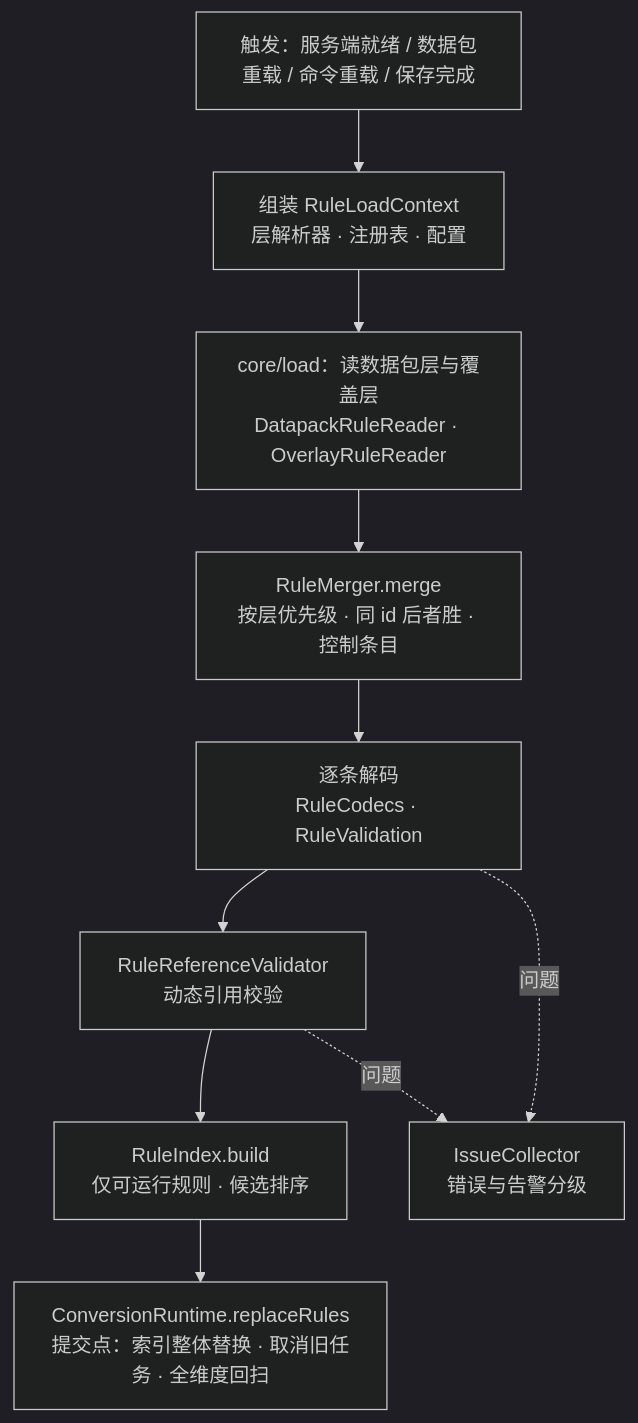
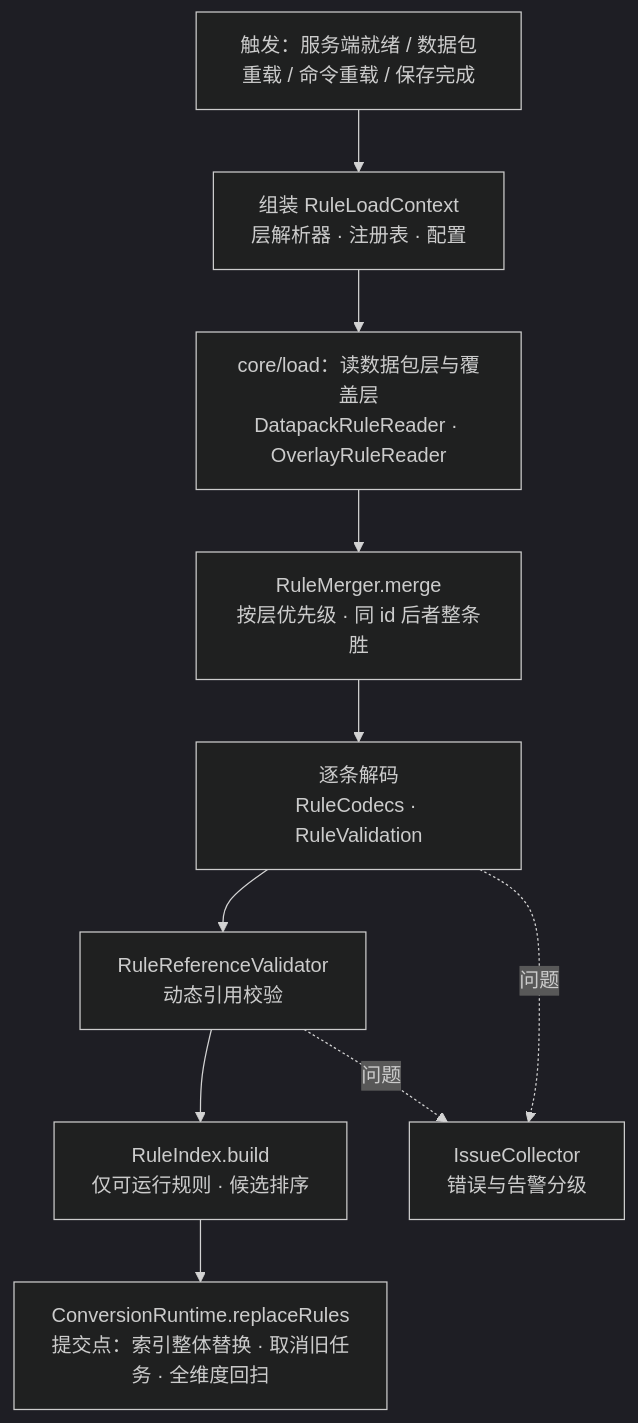
One commit to meteoritel/item-despawn-to-what changed the first of 3 diagrams in docs/architecture/key-flows.md. Above: the diagram before and after it, drawn with Mermaid (dark theme). The commit also changed other lines of this file and 20 other files, not shown here.

````diff
--- a/docs/architecture/key-flows.md
+++ b/docs/architecture/key-flows.md
@@ -29,12 +29,12 @@
 ```mermaid
 flowchart TB
     T["触发：服务端就绪 / 数据包重载 / 命令重载 / 保存完成"] --> H["组装 RuleLoadContext<br/>层解析器 · 注册表 · 配置"]
     H --> D["core/load：读数据包层与覆盖层<br/>DatapackRuleReader · OverlayRuleReader"]
-    D --> M["RuleMerger.merge<br/>按层优先级 · 同 id 后者胜 · 控制条目"]
+    D --> M["RuleMerger.merge<br/>按层优先级 · 同 id 后者整条胜"]
     M --> E["逐条解码<br/>RuleCodecs · RuleValidation"]
     E --> V["RuleReferenceValidator<br/>动态引用校验"]
     V --> I["RuleIndex.build<br/>仅可运行规则 · 候选排序"]
     I --> A["ConversionRuntime.replaceRules<br/>提交点：索引整体替换 · 取消旧任务 · 全维度回扫"]
     E -.问题.-> O["IssueCollector<br/>错误与告警分级"]
     V -.问题.-> O
 ```
````
